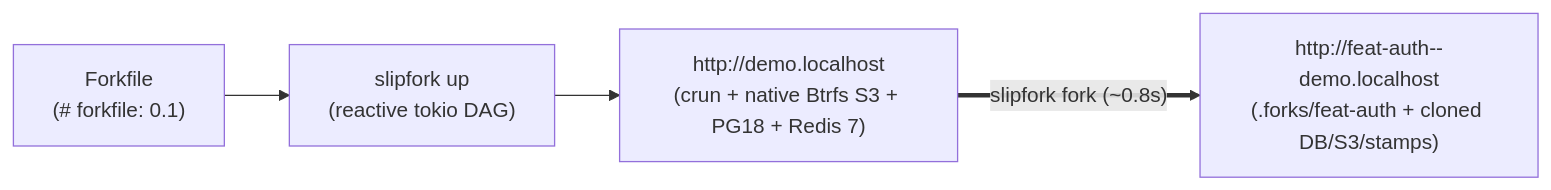
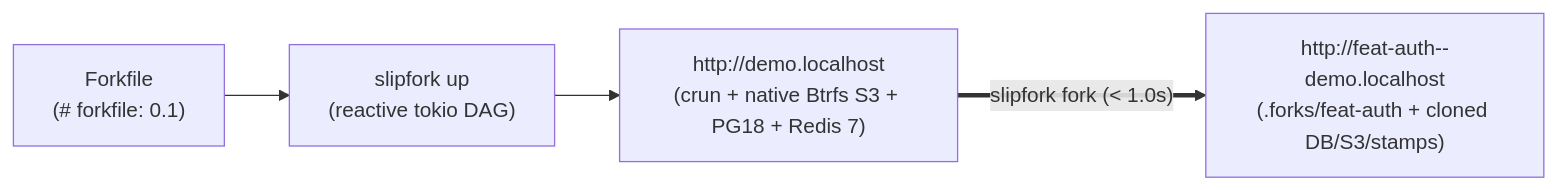
One commit to OffworldNexus/slipfork changed the diagram in specs/README.md. Above: the diagram before and after it, drawn with Mermaid. The commit also changed other lines of this file and 12 other files, not shown here.

Commit message:
[M3.49] Lock specs: real-PTY slipfork shell (db/redis deleted), DECSTBM 1-line-per-task bar & <1s 8-component fork

````diff
--- a/specs/README.md
+++ b/specs/README.md
@@ -18,6 +18,6 @@
 ```mermaid
 flowchart LR
   FF["Forkfile\n(# forkfile: 0.1)"] --> Up["slipfork up\n(reactive tokio DAG)"]
   Up --> World["http://demo.localhost\n(crun + native Btrfs S3 + PG18 + Redis 7)"]
-  World ==>|"slipfork fork (~0.8s)"| Fork["http://feat-auth--demo.localhost\n(.forks/feat-auth + cloned DB/S3/stamps)"]
+  World ==>|"slipfork fork (< 1.0s)"| Fork["http://feat-auth--demo.localhost\n(.forks/feat-auth + cloned DB/S3/stamps)"]
 ```
````
